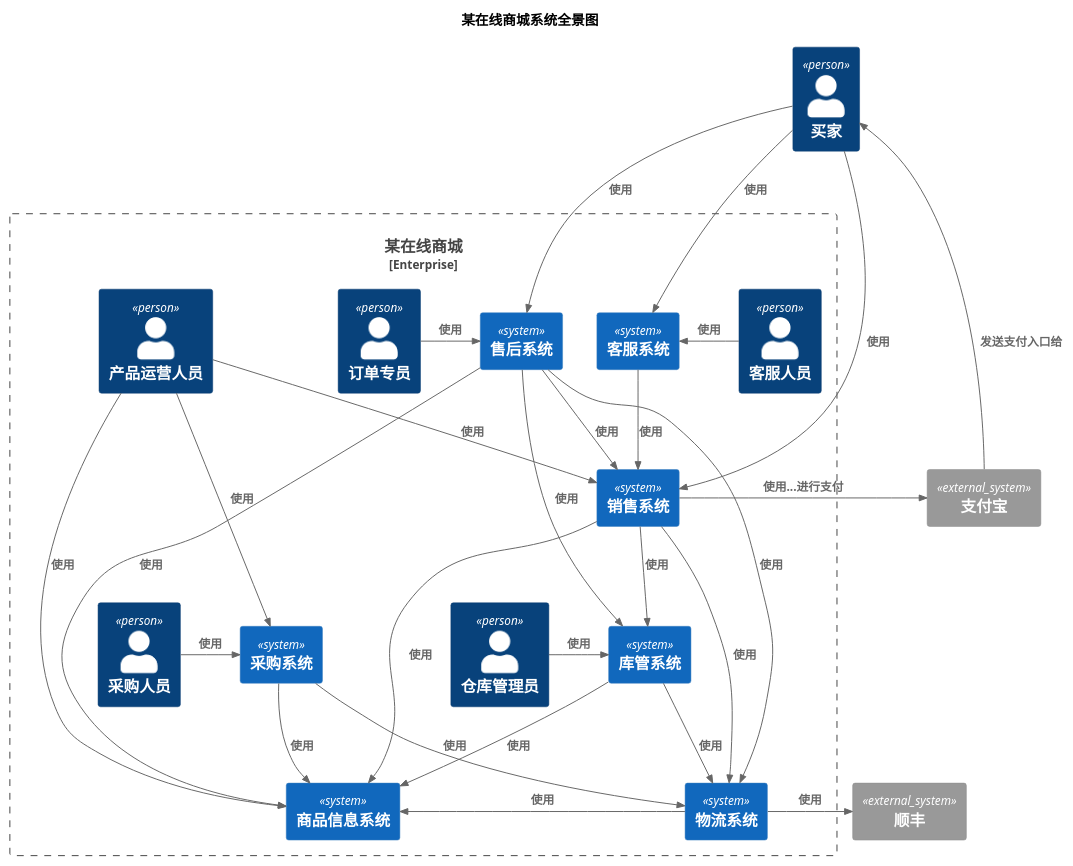
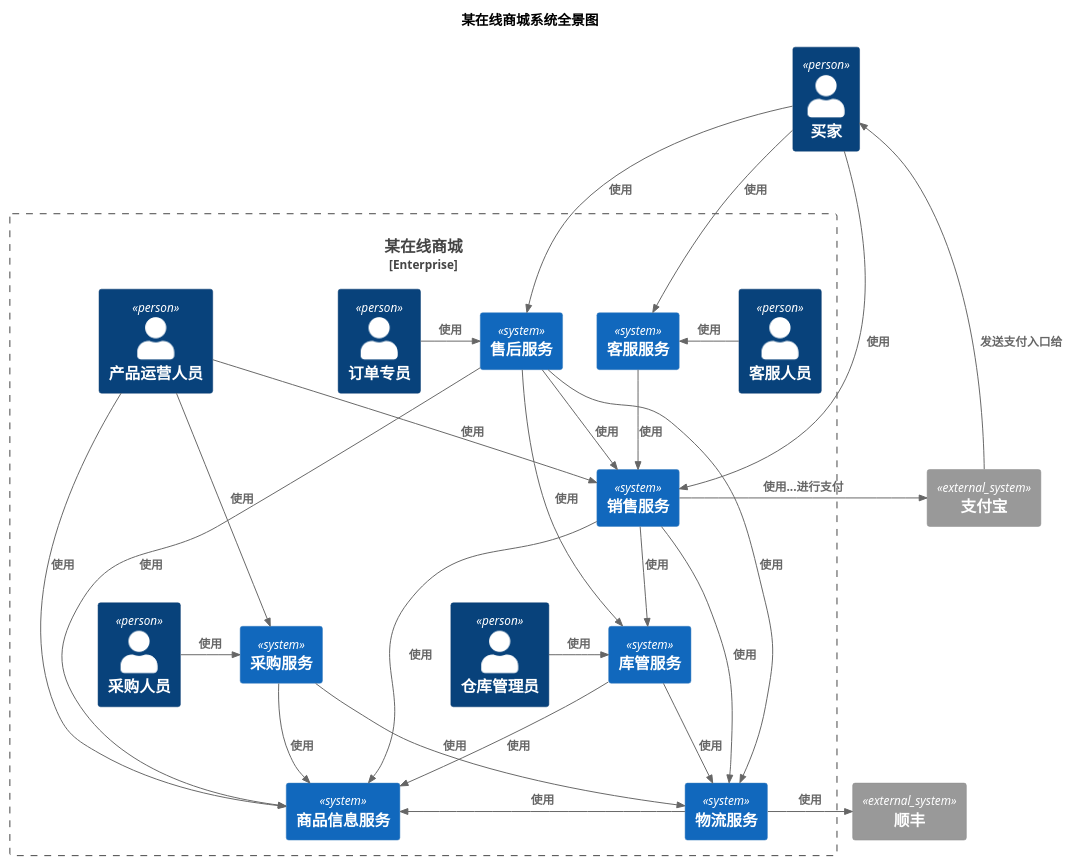
Before and after one commit to howiehu/c4-plantuml-demo: the diagram in jingxi-mall-landscape.puml, drawn with PlantUML. The commit also changed 6 other files, not shown here.

Commit message:
update jingxi mall diagrams

```diff
--- a/jingxi-mall-landscape.puml
+++ b/jingxi-mall-landscape.puml
@@ -1,65 +1,65 @@
 @startuml
 !includeurl https://raw.githubusercontent.com/RicardoNiepel/C4-PlantUML/release/1-0/C4_Context.puml
 
 title 某在线商城系统全景图
 
 Person(customer, "买家")
 
 System_Ext(alipay, "支付宝")
 System_Ext(sf_express, "顺丰")
 
 Enterprise_Boundary(jingxi_mall, "某在线商城"){
     Person(operator, "产品运营人员")
     Person(supporter, "客服人员")
     Person(warhouse_keeper, "仓库管理员")
     Person(purchaser, "采购人员")
     Person(order_speciaist, "订单专员")
 
-    System(goods_info, "商品信息系统")
-    System(mall, "销售系统")
-    System(after_sales, "售后系统")
-    System(customer_service, "客服系统")
-    System(purchase, "采购系统")
-    System(warhouse, "库管系统")
-    System(logistics, "物流系统")
+    System(goods_info, "商品信息服务")
+    System(mall, "销售服务")
+    System(after_sales, "售后服务")
+    System(customer_service, "客服服务")
+    System(purchase, "采购服务")
+    System(warhouse, "库管服务")
+    System(logistics, "物流服务")
 }
 
 Rel(customer, mall, "使用")
 Rel(customer, after_sales, "使用")
 Rel(customer, customer_service, "使用")
 Rel_Back(customer, alipay, "发送支付入口给")
 
 Rel(operator, mall, "使用")
 Rel(operator, goods_info, "使用")
 Rel(operator, purchase, "使用")
 
 Rel_Neighbor(purchaser, purchase, "使用")
 
 Rel_Back_Neighbor(customer_service, supporter, "使用")
 
 Rel_Neighbor(order_speciaist, after_sales, "使用")
 
 Rel_Neighbor(warhouse_keeper, warhouse, "使用")
 
 Rel(mall, goods_info, "使用")
 Rel_Neighbor(mall, alipay, "使用...进行支付")
 Rel(mall, warhouse, "使用")
 Rel(mall, logistics, "使用")
 
 Rel(after_sales, mall, "使用")
 Rel(after_sales, goods_info, "使用")
 Rel(after_sales, warhouse, "使用")
 Rel(after_sales, logistics, "使用")
 
 Rel(customer_service, mall, "使用")
 
 Rel(purchase, goods_info, "使用")
 Rel(purchase, logistics, "使用")
 
 Rel_Neighbor(logistics, goods_info, "使用")
 Rel_Neighbor(logistics, sf_express, "使用")
 
 Rel(warhouse, logistics, "使用")
 Rel(warhouse, goods_info, "使用")
 
 @enduml
```
